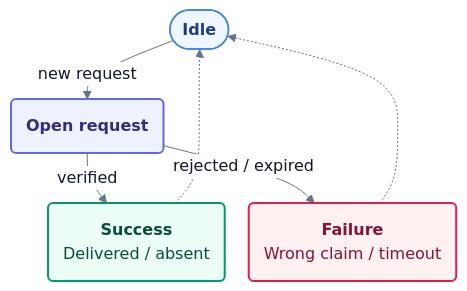
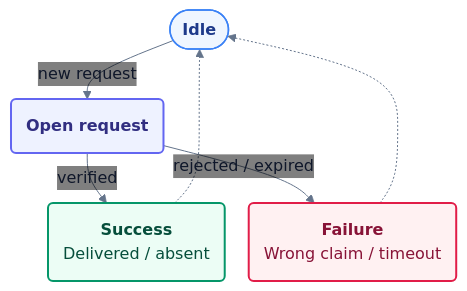
The diagram in tasks/arm/object_finding_and_organizing_on_messy_desk/verify/figures/request-automaton.mmd (Grounded-Intelligence-Initiative/agentic-robotics-benchmark), drawn with Mermaid before and after one commit. The commit also changed 4 other files, not shown here.

```diff
--- a/tasks/arm/object_finding_and_organizing_on_messy_desk/verify/figures/request-automaton.mmd
+++ b/tasks/arm/object_finding_and_organizing_on_messy_desk/verify/figures/request-automaton.mmd
@@ -1,20 +1,20 @@
-%%{init: {"theme": "base", "themeVariables": {"fontFamily": "Arial, Helvetica, sans-serif", "fontSize": "16px", "lineColor": "#64748b", "primaryTextColor": "#0f172a", "edgeLabelBackground": "#ffffff", "clusterBkg": "#f8fafc", "clusterBorder": "#cbd5e1"}, "flowchart": {"curve": "basis", "nodeSpacing": 24, "rankSpacing": 26, "htmlLabels": true}}}%%
+%%{init: {"theme": "base", "themeVariables": {"fontFamily": "Arial, Helvetica, sans-serif", "fontSize": "16px", "lineColor": "#64748b", "primaryTextColor": "#0f172a", "edgeLabelBackground": "transparent", "clusterBkg": "#f8fafc", "clusterBorder": "#cbd5e1"}, "flowchart": {"curve": "basis", "nodeSpacing": 24, "rankSpacing": 26, "htmlLabels": true}, "themeCSS": ".edgeLabel, .edgeLabel p, .edgeLabel span { background: transparent !important; background-color: transparent !important; } .edgeLabels span { font-size: 13px !important; color: #475569 !important; } .edgeLabels > g:nth-child(1) > g { translate: -14px -20px; } .edgeLabels > g:nth-child(2) > g { translate: -32px 0px; } .edgeLabels > g:nth-child(3) > g { translate: 12px -20px; } "}}%%
 flowchart TB
     I(["<b>Idle</b>"])
     O("<b>Open request</b>")
     S("<b>Success</b><br/>Delivered / absent")
     F("<b>Failure</b><br/>Wrong claim / timeout")
     I -->|new request| O
     O -->|verified| S
     O -->|rejected / expired| F
     S -.-> I
     F -.-> I
 
     classDef neutral fill:#eff6ff,stroke:#3b82f6,color:#1e3a8a,stroke-width:1.5px;
     classDef active fill:#eef2ff,stroke:#6366f1,color:#312e81,stroke-width:2px;
     classDef success fill:#ecfdf5,stroke:#059669,color:#064e3b,stroke-width:2px;
     classDef failure fill:#fff1f2,stroke:#e11d48,color:#881337,stroke-width:2px;
     class I neutral;
     class O active;
     class S success;
     class F failure;
```
